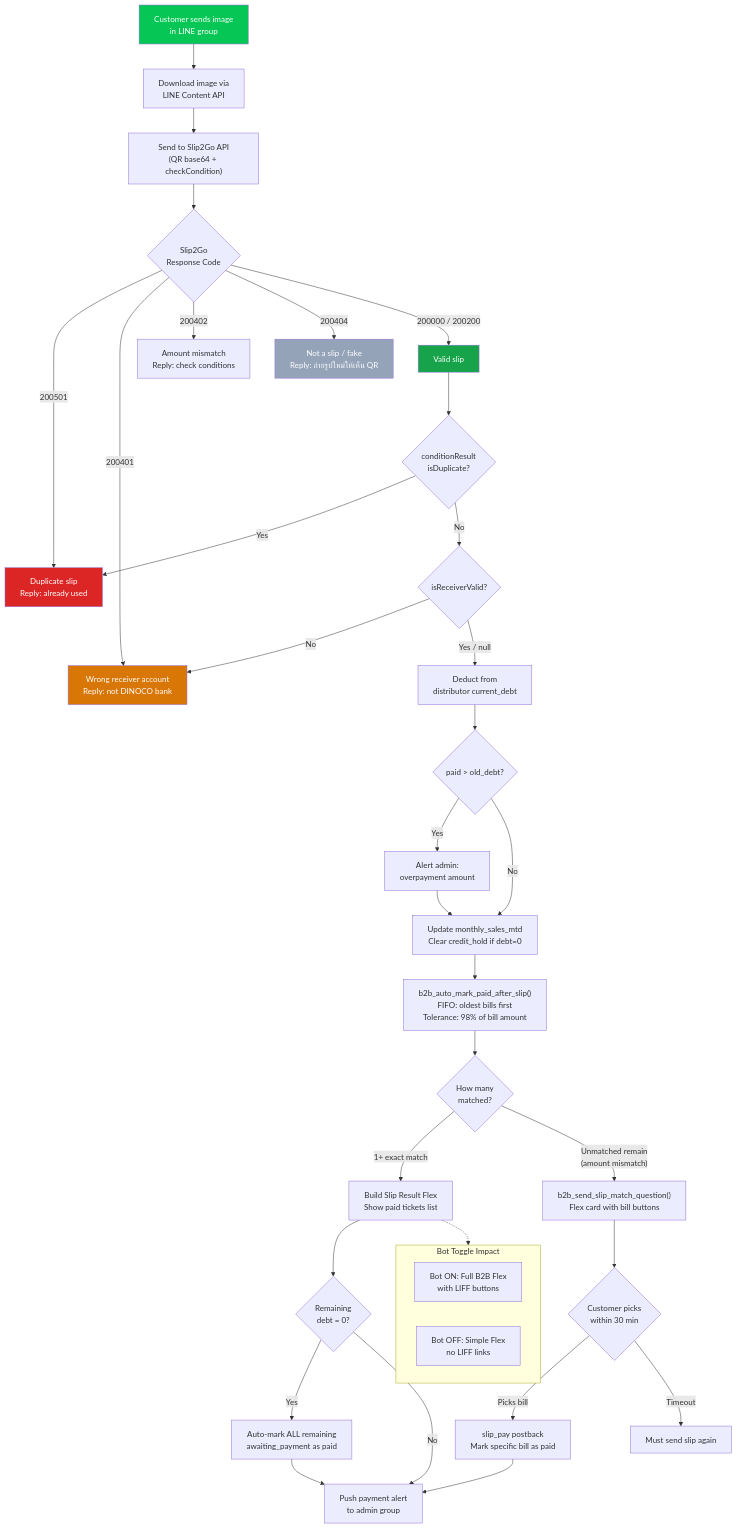
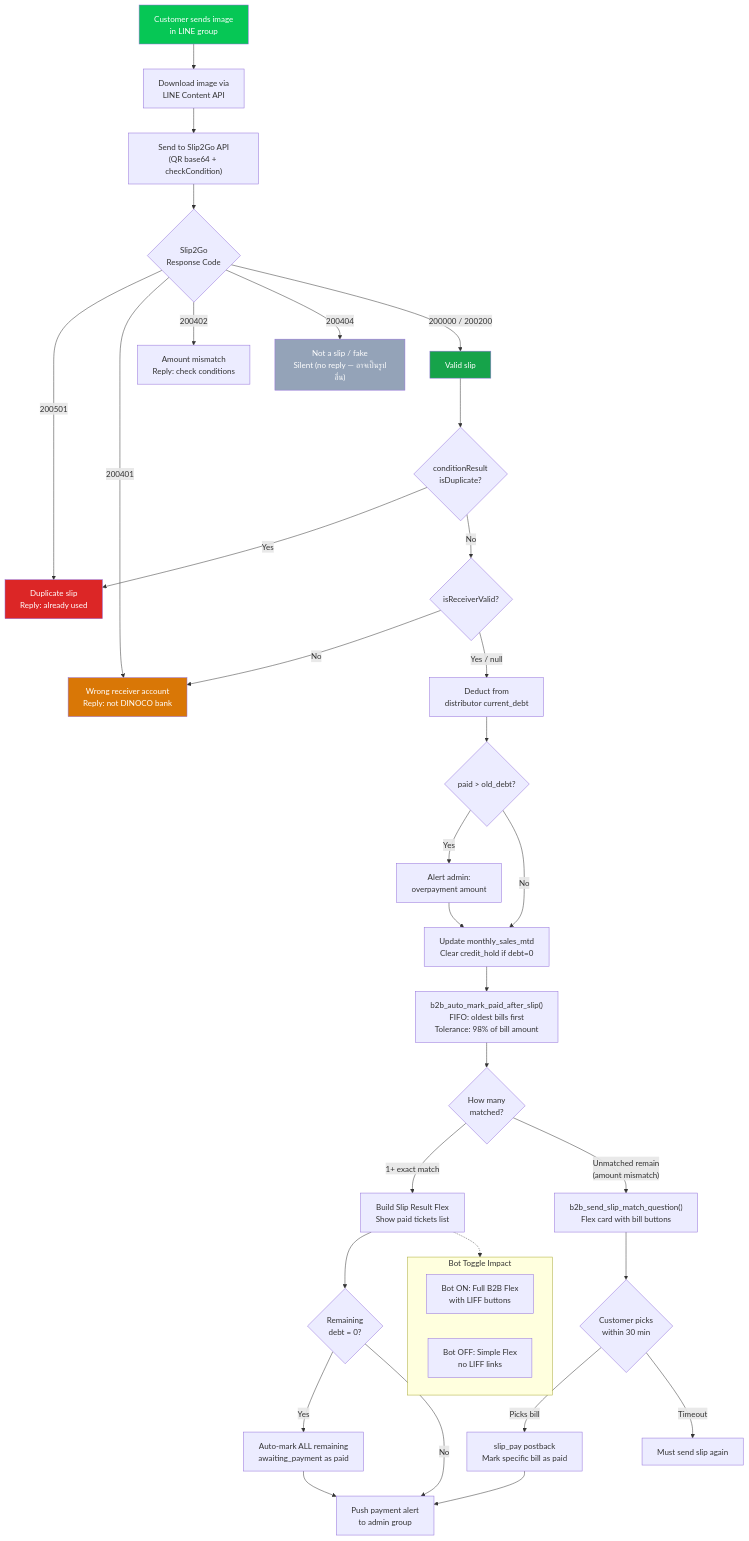
Before and after one commit to Vrprammz/DINOCO-SYSTEM-Front-End---Back-End: the third of 14 diagrams in SYSTEM-DIAGRAMS.md, drawn with Mermaid. The commit also changed 3 other files, not shown here.

First line of the commit message:
revert: slip 200404 back to silent (not a bug)

````diff
--- a/SYSTEM-DIAGRAMS.md
+++ b/SYSTEM-DIAGRAMS.md
@@ -187,56 +187,56 @@
 ```mermaid
 flowchart TB
     START["Customer sends image<br/>in LINE group"] --> IMG_DL["Download image via<br/>LINE Content API"]
     IMG_DL --> SLIP2GO["Send to Slip2Go API<br/>(QR base64 + checkCondition)"]
 
     SLIP2GO --> CODE{Slip2Go<br/>Response Code}
 
     CODE -->|200501| DUP["Duplicate slip<br/>Reply: already used"]
     CODE -->|200401| WRONG_ACC["Wrong receiver account<br/>Reply: not DINOCO bank"]
     CODE -->|200402| WRONG_AMT["Amount mismatch<br/>Reply: check conditions"]
-    CODE -->|200404| NOT_SLIP["Not a slip / fake<br/>Reply: ถ่ายรูปใหม่ให้เห็น QR"]
+    CODE -->|200404| NOT_SLIP["Not a slip / fake<br/>Silent (no reply — อาจเป็นรูปอื่น)"]
     CODE -->|200000 / 200200| SUCCESS["Valid slip"]
 
     SUCCESS --> DUP_CHECK{conditionResult<br/>isDuplicate?}
     DUP_CHECK -->|Yes| DUP
     DUP_CHECK -->|No| RECV_CHECK{isReceiverValid?}
     RECV_CHECK -->|No| WRONG_ACC
     RECV_CHECK -->|Yes / null| DEDUCT["Deduct from<br/>distributor current_debt"]
 
     DEDUCT --> OVERPAY{paid > old_debt?}
     OVERPAY -->|Yes| OVERPAY_ALERT["Alert admin:<br/>overpayment amount"]
     OVERPAY -->|No| CONTINUE
     OVERPAY_ALERT --> CONTINUE
 
     CONTINUE["Update monthly_sales_mtd<br/>Clear credit_hold if debt=0"]
     CONTINUE --> AUTO_MATCH["b2b_auto_mark_paid_after_slip()<br/>FIFO: oldest bills first<br/>Tolerance: 98% of bill amount"]
 
     AUTO_MATCH --> MATCHED{How many<br/>matched?}
 
     MATCHED -->|"1+ exact match"| PAID_FLEX["Build Slip Result Flex<br/>Show paid tickets list"]
     MATCHED -->|"Unmatched remain<br/>(amount mismatch)"| QUESTION["b2b_send_slip_match_question()<br/>Flex card with bill buttons"]
 
     QUESTION --> CUSTOMER_PICK{Customer picks<br/>within 30 min}
     CUSTOMER_PICK -->|"Picks bill"| SLIP_PAY["slip_pay postback<br/>Mark specific bill as paid"]
     CUSTOMER_PICK -->|"Timeout"| TIMEOUT["Must send slip again"]
 
     PAID_FLEX --> ZERO_CHECK{Remaining<br/>debt = 0?}
     ZERO_CHECK -->|Yes| CLEAR_ALL["Auto-mark ALL remaining<br/>awaiting_payment as paid"]
     ZERO_CHECK -->|No| ADMIN_ALERT
 
     CLEAR_ALL --> ADMIN_ALERT["Push payment alert<br/>to admin group"]
     SLIP_PAY --> ADMIN_ALERT
 
     subgraph BOT_MODES["Bot Toggle Impact"]
         BOT_ON["Bot ON: Full B2B Flex<br/>with LIFF buttons"]
         BOT_OFF["Bot OFF: Simple Flex<br/>no LIFF links"]
     end
 
     PAID_FLEX -.-> BOT_MODES
 
     style START fill:#06C755,color:#fff
     style DUP fill:#dc2626,color:#fff
     style WRONG_ACC fill:#d97706,color:#fff
     style NOT_SLIP fill:#94a3b8,color:#fff
     style SUCCESS fill:#16a34a,color:#fff
 ```
````
